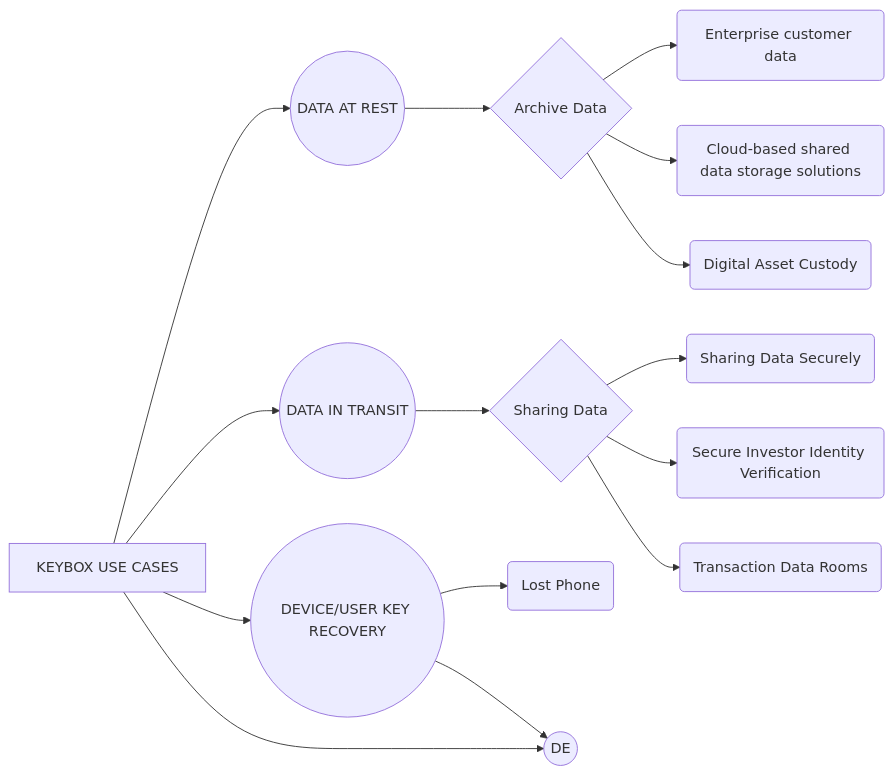
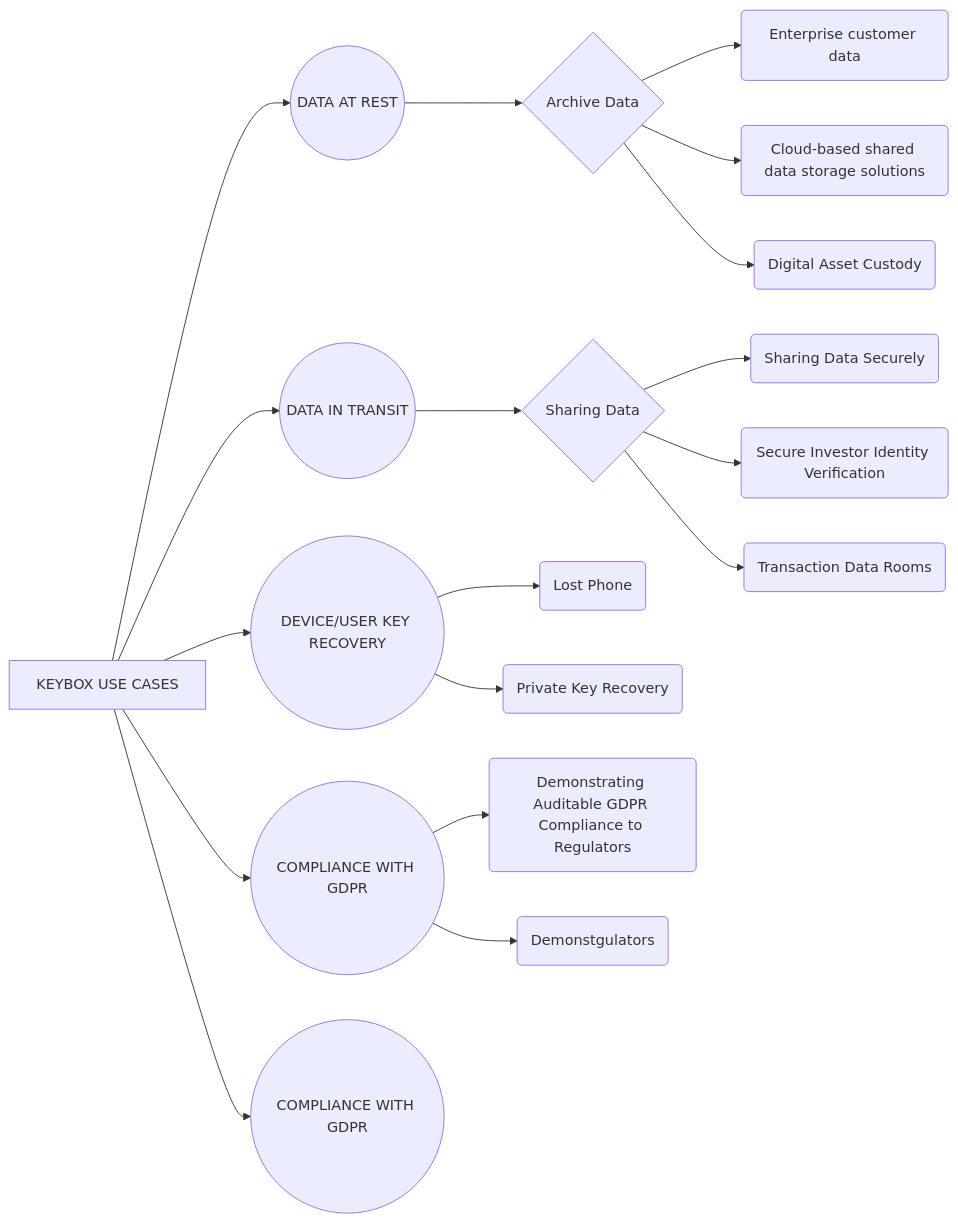
The diagram in README.md (thekeybox/keybox), drawn with Mermaid before and after one commit. The commit also changed other lines of this file, not shown here.

Commit message:
README.md updated from https://stackedit.io/

````diff
--- a/README.md
+++ b/README.md
@@ -62,36 +62,43 @@
 ```mermaid
 
 graph LR
 
 A[KEYBOX USE CASES]  --> B((DATA AT REST))
 
 B --> E{Archive Data}
 
 E --> F(Enterprise customer data)
 
 E --> G(Cloud-based shared data storage solutions)
 
 E --> H(Digital Asset Custody)
 
 A --> C((DATA IN TRANSIT))
 
 C --> U{Sharing Data}
 
 U --> P(Sharing Data Securely)
 
 U --> LL(Secure Investor Identity Verification)
 
 U --> Pq(Transaction Data Rooms)
 
   
 
 A[KEYBOX USE CASES]  --> BB((DEVICE/USER KEY RECOVERY ))
 
 BB --> BBB(Lost Phone)
 
 BB --> BBBB(Private Key Recovery)
 
-A[KEYBOX USE CASES]  --> BBBB((DE ))
+A[KEYBOX USE CASES]  --> ui((COMPLIANCE WITH GDPR ))
+ui --> BBBa(Demonstrating Auditable GDPR Compliance to Regulators)
+
+A[KEYBOX USE CASES]  --> ui1((COMPLIANCE WITH GDPR ))
+ui --> BBBa1(Demonstgulators)
+
+
+
 
 
 ```
````
